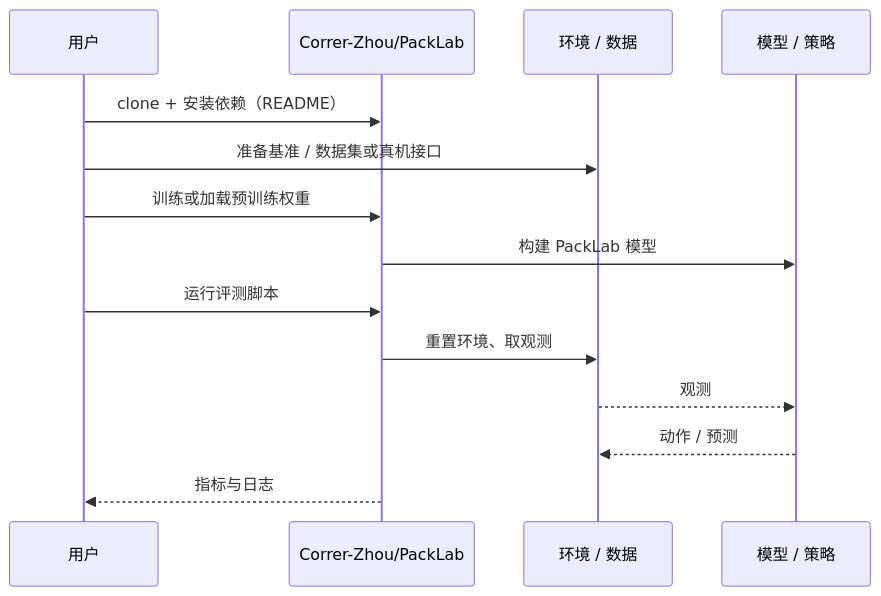
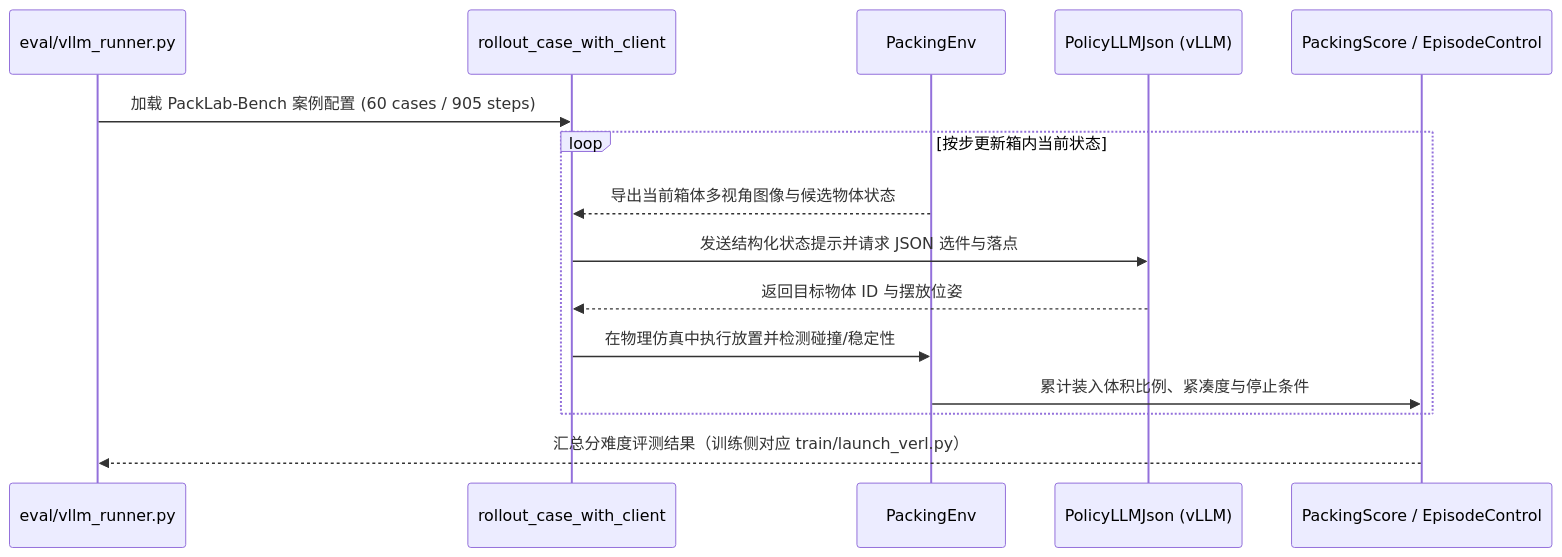
The diagram in wiki/entities/paper-packlab.md (ImChong/Robotics_Notebooks), drawn with Mermaid before and after one commit. The commit also changed other lines of this file and 30 other files, not shown here.

````diff
--- a/wiki/entities/paper-packlab.md
+++ b/wiki/entities/paper-packlab.md
@@ -58,16 +61,18 @@
 ```mermaid
 sequenceDiagram
-  participant U as 用户
-  participant R as Correr-Zhou/PackLab
-  participant E as 环境 / 数据
-  participant M as 模型 / 策略
-  U->>R: clone + 安装依赖（README）
-  U->>E: 准备基准 / 数据集或真机接口
-  U->>R: 训练或加载预训练权重
-  R->>M: 构建 PackLab 模型
-  U->>R: 运行评测脚本
-  R->>E: 重置环境、取观测
-  E-->>M: 观测
-  M-->>E: 动作 / 预测
-  R-->>U: 指标与日志
+  participant Runner as eval/vllm_runner.py
+  participant EvalLoop as rollout_case_with_client
+  participant Env as PackingEnv
+  participant Policy as PolicyLLMJson (vLLM)
+  participant Metric as PackingScore / EpisodeControl
+
+  Runner->>EvalLoop: 加载 PackLab-Bench 案例配置 (60 cases / 905 steps)
+  loop 按步更新箱内当前状态
+    Env-->>EvalLoop: 导出当前箱体多视角图像与候选物体状态
+    EvalLoop->>Policy: 发送结构化状态提示并请求 JSON 选件与落点
+    Policy-->>EvalLoop: 返回目标物体 ID 与摆放位姿
+    EvalLoop->>Env: 在物理仿真中执行放置并检测碰撞/稳定性
+    Env->>Metric: 累计装入体积比例、紧凑度与停止条件
+  end
+  Metric-->>Runner: 汇总分难度评测结果（训练侧对应 train/launch_verl.py）
 ```
````
